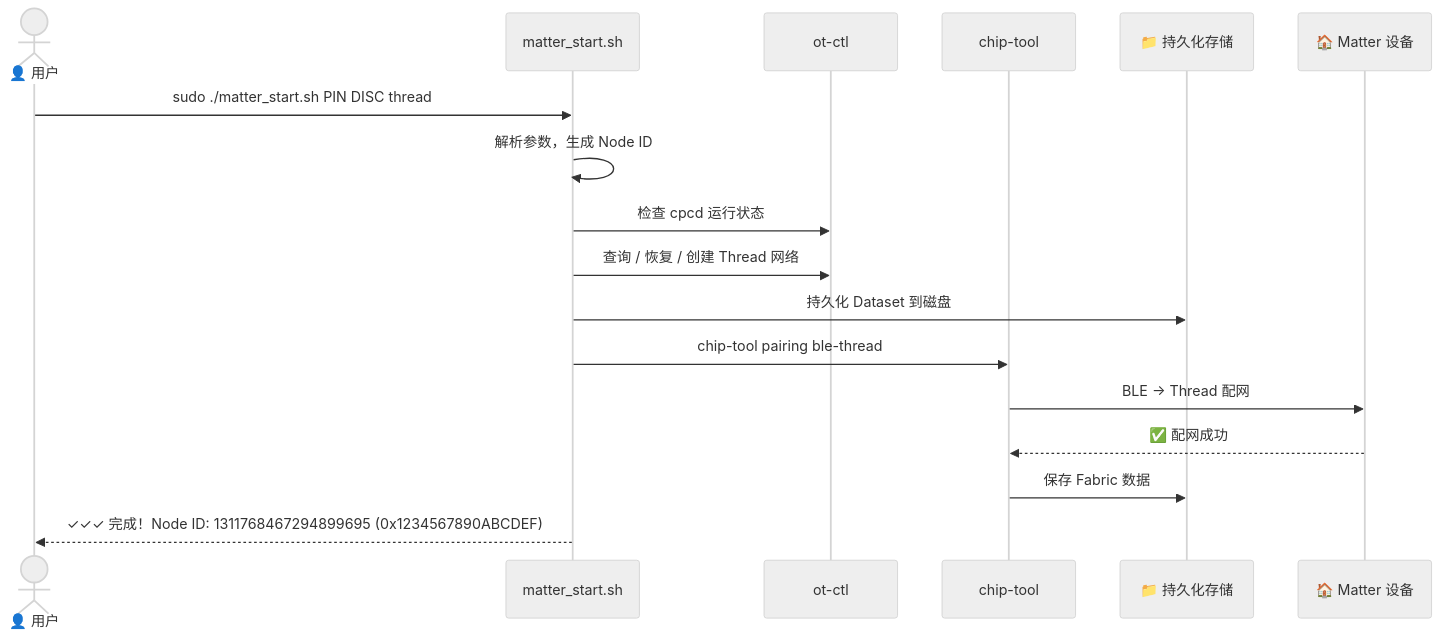
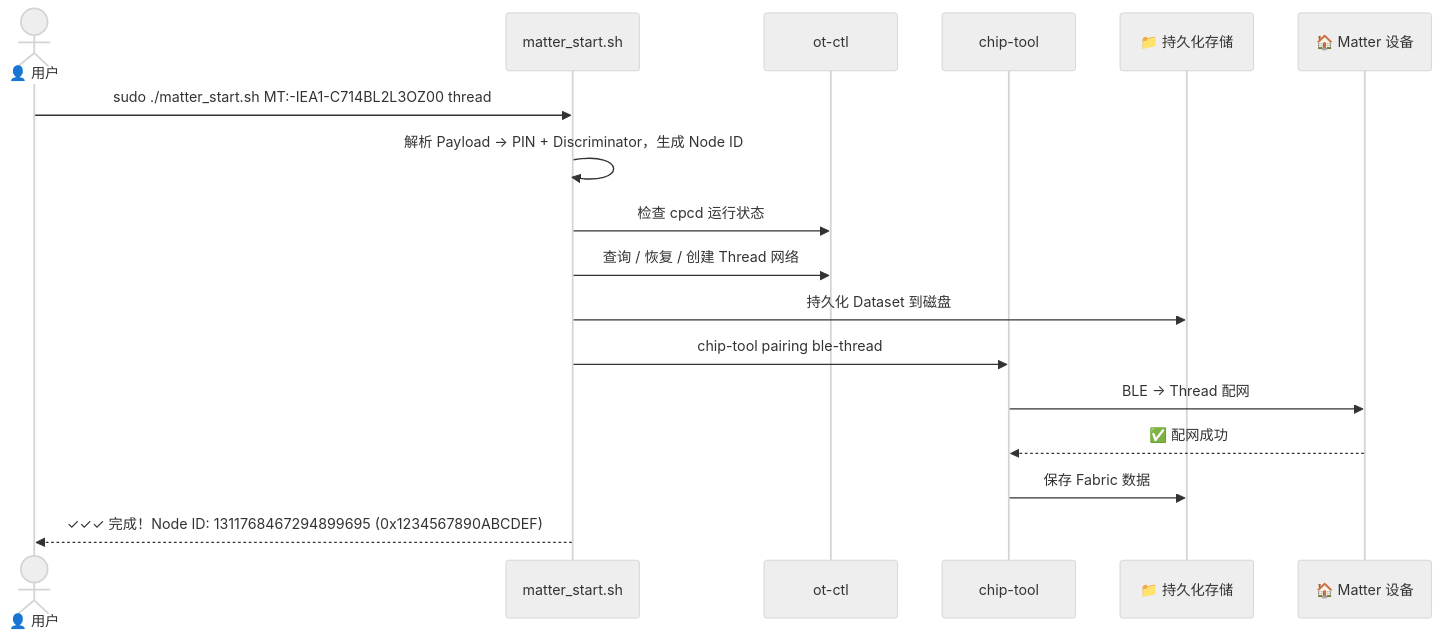
The third of 3 diagrams in README.md (BobXianQ/Chip-Launcher-ForMatter), drawn with Mermaid (neutral theme) before and after one commit. The commit also changed other lines of this file and 2 other files, not shown here.

First line of the commit message:
feat(script): support Matter setup payload auto-parsing mode (v4.05.630)

````diff
--- a/README.md
+++ b/README.md
@@ -220,20 +235,20 @@
 ```mermaid
 sequenceDiagram
     actor U as 👤 用户
     participant S as matter_start.sh
     participant OT as ot-ctl
     participant CT as chip-tool
     participant D as 📁 持久化存储
     participant M as 🏠 Matter 设备
 
-    U->>S: sudo ./matter_start.sh PIN DISC thread
-    S->>S: 解析参数，生成 Node ID
+    U->>S: sudo ./matter_start.sh MT:-IEA1-C714BL2L3OZ00 thread
+    S->>S: 解析 Payload → PIN + Discriminator，生成 Node ID
     S->>OT: 检查 cpcd 运行状态
     S->>OT: 查询 / 恢复 / 创建 Thread 网络
     S->>D: 持久化 Dataset 到磁盘
     S->>CT: chip-tool pairing ble-thread
     CT->>M: BLE → Thread 配网
     M-->>CT: ✅ 配网成功
     CT->>D: 保存 Fabric 数据
     S-->>U: ✓✓✓ 完成！Node ID: 1311768467294899695 (0x1234567890ABCDEF)
 ```
````
